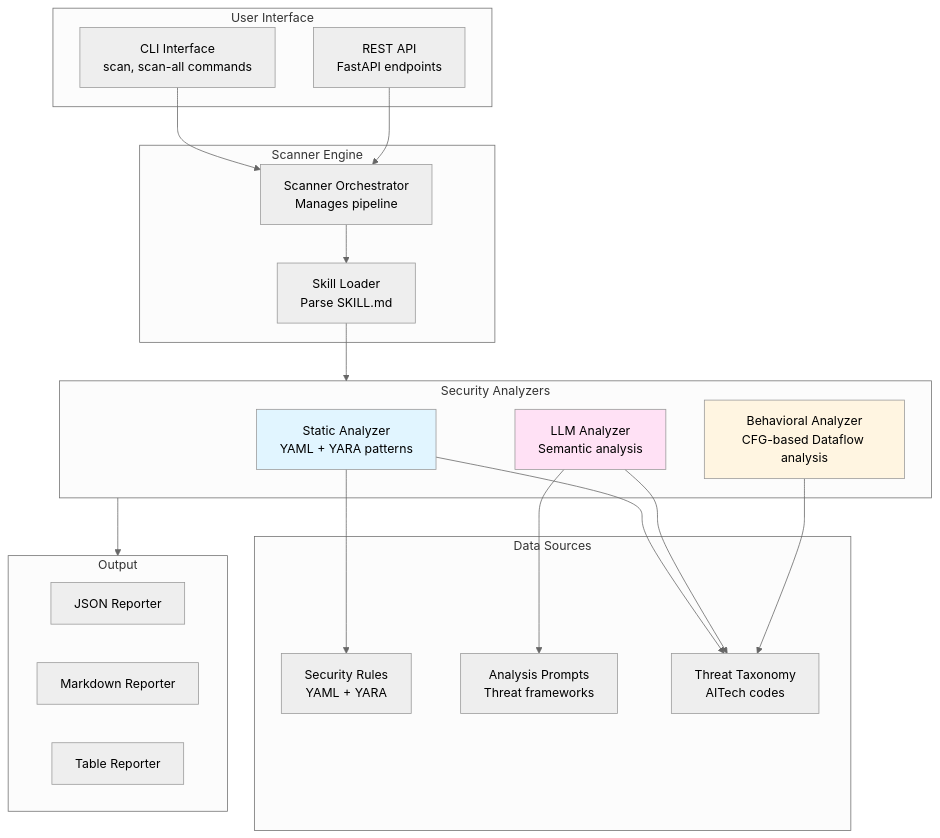
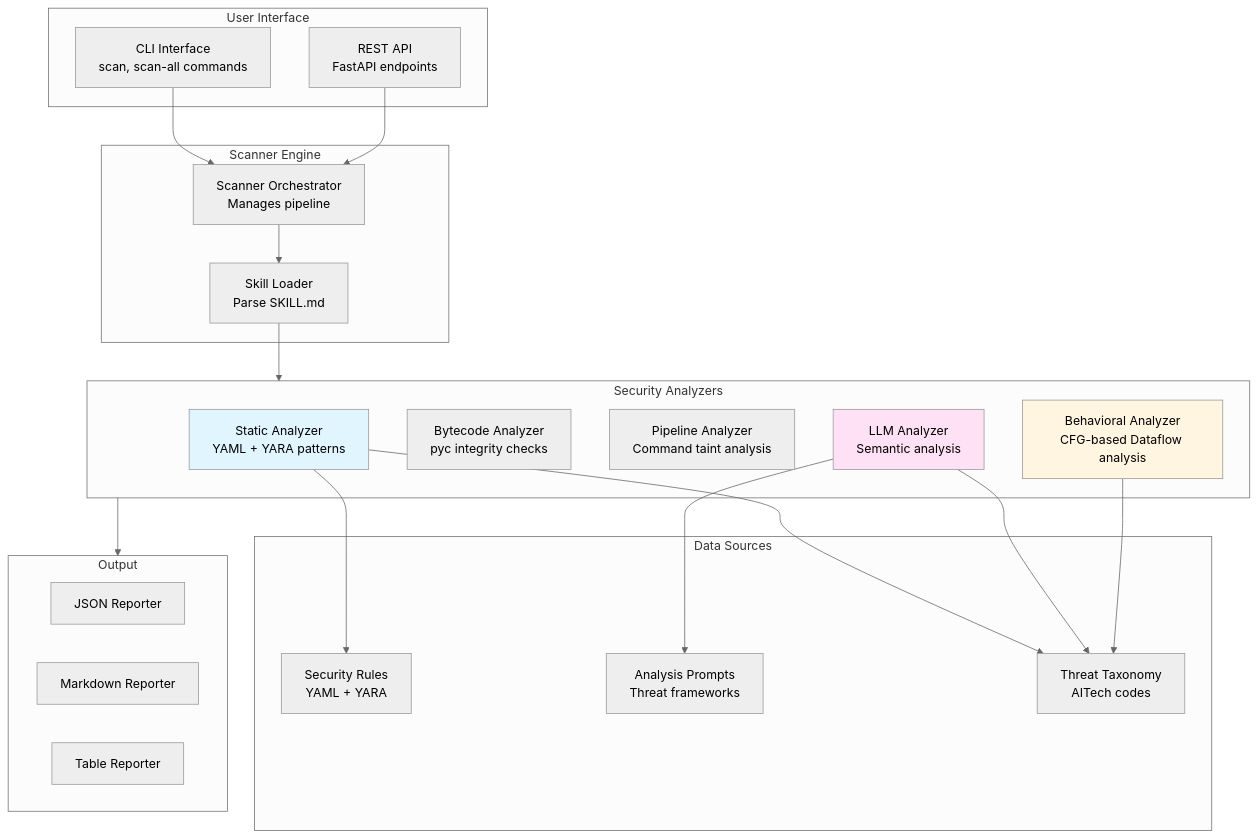
One commit to cisco-ai-defense/skill-scanner changed the diagram in docs/architecture.md. Above: the diagram before and after it, drawn with Mermaid (neutral theme). The commit also changed other lines of this file and 56 other files, not shown here.

````diff
--- a/docs/architecture.md
+++ b/docs/architecture.md
@@ -13,47 +13,49 @@
 ```mermaid
 graph TB
     subgraph UI[User Interface]
         CLI[CLI Interface<br/>scan, scan-all commands]
         API[REST API<br/>FastAPI endpoints]
     end
 
     subgraph Engine[Scanner Engine]
         Scanner[Scanner Orchestrator<br/>Manages pipeline]
         Loader[Skill Loader<br/>Parse SKILL.md]
     end
 
     subgraph Analyzers[Security Analyzers]
         Static[Static Analyzer<br/>YAML + YARA patterns]
+        Bytecode[Bytecode Analyzer<br/>pyc integrity checks]
+        Pipeline[Pipeline Analyzer<br/>Command taint analysis]
         LLM[LLM Analyzer<br/>Semantic analysis]
         Behavioral[Behavioral Analyzer<br/>CFG-based Dataflow analysis]
     end
 
     subgraph Data[Data Sources]
         Rules[Security Rules<br/>YAML + YARA]
         Prompts[Analysis Prompts<br/>Threat frameworks]
         Taxonomy[Threat Taxonomy<br/>AITech codes]
     end
 
     subgraph Output[Output]
         JSON[JSON Reporter]
         Markdown[Markdown Reporter]
         Table[Table Reporter]
     end
 
     CLI --> Scanner
     API --> Scanner
     Scanner --> Loader
     Loader --> Analyzers
 
     Static --> Rules
     Static --> Taxonomy
     LLM --> Prompts
     LLM --> Taxonomy
     Behavioral --> Taxonomy
 
     Analyzers --> Output
 
     style Static fill:#e1f5ff
     style LLM fill:#ffe1f5
     style Behavioral fill:#fff5e1
 ```
````
